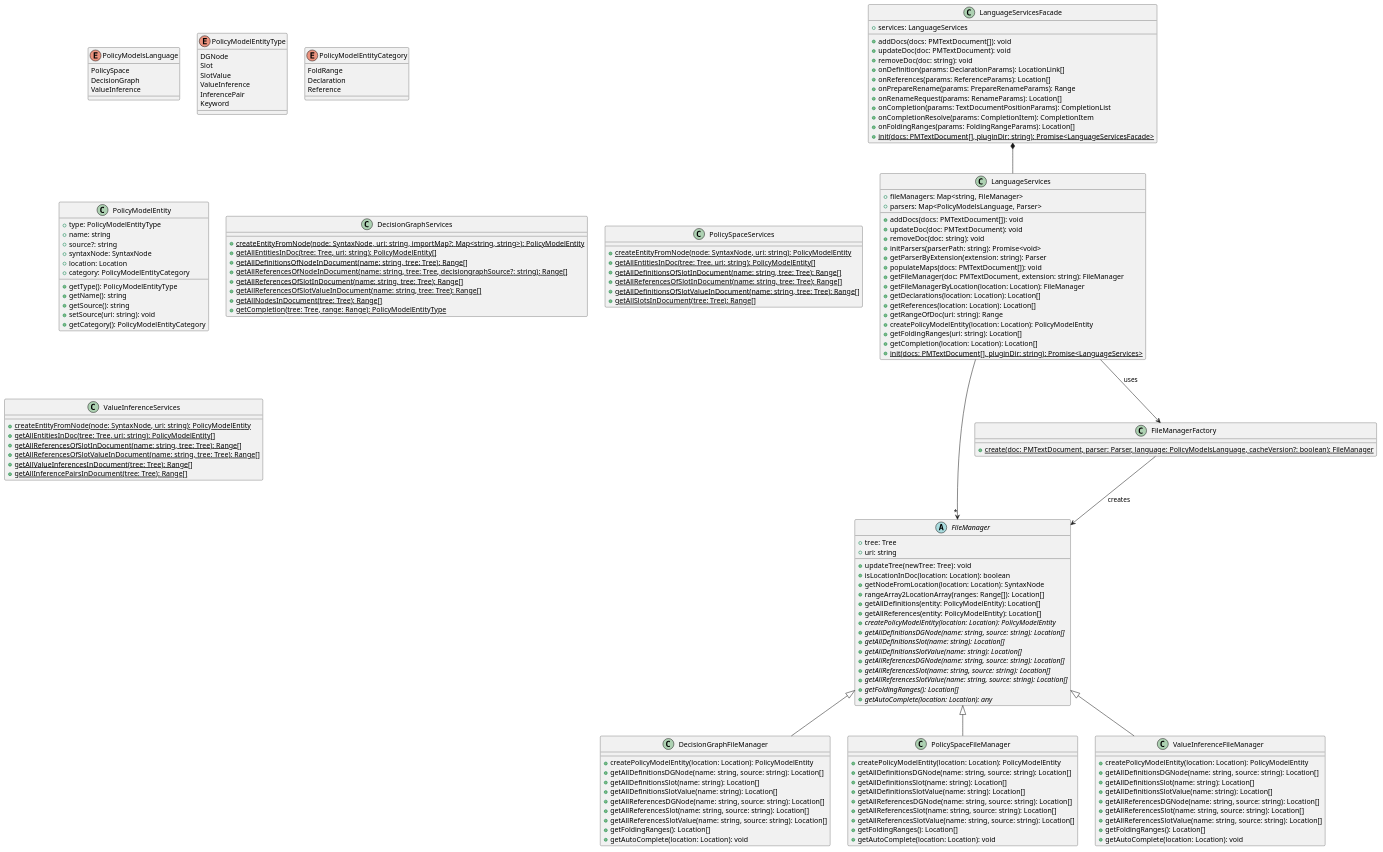
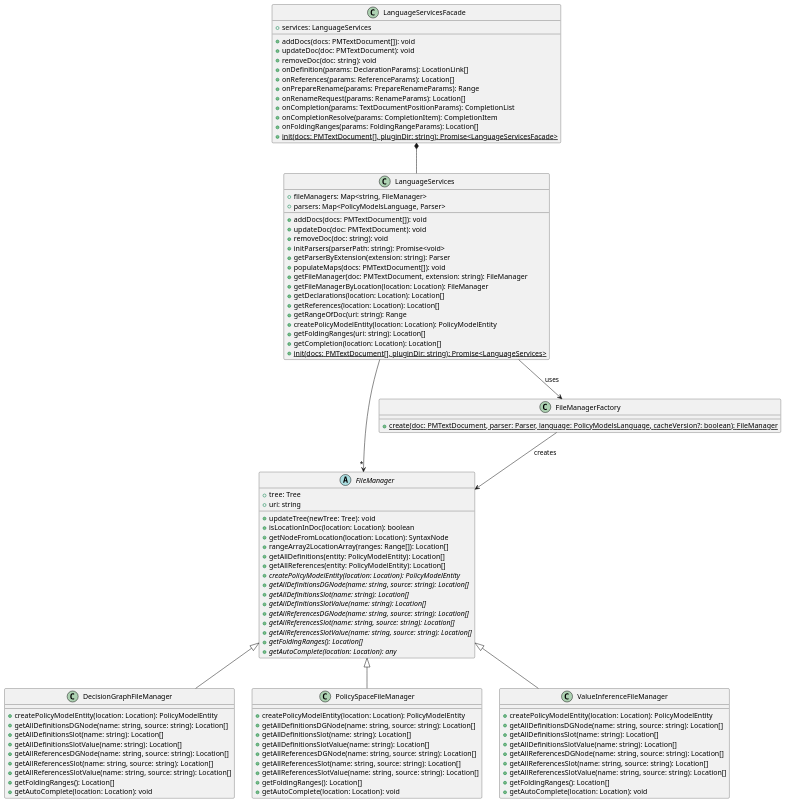
One commit to wolfj123/PolicyModelsPlugin changed the diagram in plugin/diagrams/server/LanguageServices.puml. Above: the diagram before and after it, drawn with PlantUML. The commit also changed 2 other files, not shown here.

Commit message:
diagrams

```diff
--- a/plugin/diagrams/server/LanguageServices.puml
+++ b/plugin/diagrams/server/LanguageServices.puml
@@ -1,157 +1,102 @@
 @startuml
 
 'skinparam style strictuml
+'top to bottom direction
 
-enum PolicyModelsLanguage {
-    PolicySpace
-    DecisionGraph
-    ValueInference
-}
-enum PolicyModelEntityType {
-    DGNode
-    Slot
-    SlotValue
-    ValueInference
-    InferencePair
-    Keyword
-}
-enum PolicyModelEntityCategory {
-    FoldRange
-    Declaration
-    Reference
-}
-class PolicyModelEntity {
-    +type: PolicyModelEntityType
-    +name: string
-    +source?: string
-    +syntaxNode: SyntaxNode
-    +location: Location
-    +category: PolicyModelEntityCategory
-    +getType(): PolicyModelEntityType
-    +getName(): string
-    +getSource(): string
-    +setSource(uri: string): void
-    +getCategory(): PolicyModelEntityCategory
-}
-class DecisionGraphServices {
-    +{static} createEntityFromNode(node: SyntaxNode, uri: string, importMap?: Map<string, string>): PolicyModelEntity
-    +{static} getAllEntitiesInDoc(tree: Tree, uri: string): PolicyModelEntity[]
-    +{static} getAllDefinitionsOfNodeInDocument(name: string, tree: Tree): Range[]
-    +{static} getAllReferencesOfNodeInDocument(name: string, tree: Tree, decisiongraphSource?: string): Range[]
-    +{static} getAllReferencesOfSlotInDocument(name: string, tree: Tree): Range[]
-    +{static} getAllReferencesOfSlotValueInDocument(name: string, tree: Tree): Range[]
-    +{static} getAllNodesInDocument(tree: Tree): Range[]
-    +{static} getCompletion(tree: Tree, range: Range): PolicyModelEntityType
-}
-class PolicySpaceServices {
-    +{static} createEntityFromNode(node: SyntaxNode, uri: string): PolicyModelEntity
-    +{static} getAllEntitiesInDoc(tree: Tree, uri: string): PolicyModelEntity[]
-    +{static} getAllDefinitionsOfSlotInDocument(name: string, tree: Tree): Range[]
-    +{static} getAllReferencesOfSlotInDocument(name: string, tree: Tree): Range[]
-    +{static} getAllDefinitionsOfSlotValueInDocument(name: string, tree: Tree): Range[]
-    +{static} getAllSlotsInDocument(tree: Tree): Range[]
-}
-class ValueInferenceServices {
-    +{static} createEntityFromNode(node: SyntaxNode, uri: string): PolicyModelEntity
-    +{static} getAllEntitiesInDoc(tree: Tree, uri: string): PolicyModelEntity[]
-    +{static} getAllReferencesOfSlotInDocument(name: string, tree: Tree): Range[]
-    +{static} getAllReferencesOfSlotValueInDocument(name: string, tree: Tree): Range[]
-    +{static} getAllValueInferencesInDocument(tree: Tree): Range[]
-    +{static} getAllInferencePairsInDocument(tree: Tree): Range[]
-}
+
 class LanguageServicesFacade {
     +services: LanguageServices
     +addDocs(docs: PMTextDocument[]): void
     +updateDoc(doc: PMTextDocument): void
     +removeDoc(doc: string): void
     +onDefinition(params: DeclarationParams): LocationLink[]
     +onReferences(params: ReferenceParams): Location[]
     +onPrepareRename(params: PrepareRenameParams): Range
     +onRenameRequest(params: RenameParams): Location[]
     +onCompletion(params: TextDocumentPositionParams): CompletionList
     +onCompletionResolve(params: CompletionItem): CompletionItem
     +onFoldingRanges(params: FoldingRangeParams): Location[]
     +{static} init(docs: PMTextDocument[], pluginDir: string): Promise<LanguageServicesFacade>
 }
 class LanguageServices {
     +fileManagers: Map<string, FileManager>
     +parsers: Map<PolicyModelsLanguage, Parser>
     +addDocs(docs: PMTextDocument[]): void
     +updateDoc(doc: PMTextDocument): void
     +removeDoc(doc: string): void
     +initParsers(parserPath: string): Promise<void>
     +getParserByExtension(extension: string): Parser
     +populateMaps(docs: PMTextDocument[]): void
     +getFileManager(doc: PMTextDocument, extension: string): FileManager
     +getFileManagerByLocation(location: Location): FileManager
     +getDeclarations(location: Location): Location[]
     +getReferences(location: Location): Location[]
     +getRangeOfDoc(uri: string): Range
     +createPolicyModelEntity(location: Location): PolicyModelEntity
     +getFoldingRanges(uri: string): Location[]
     +getCompletion(location: Location): Location[]
     +{static} init(docs: PMTextDocument[], pluginDir: string): Promise<LanguageServices>
 }
 abstract class FileManager {
     +tree: Tree
     +uri: string
     +updateTree(newTree: Tree): void
     +isLocationInDoc(location: Location): boolean
     +getNodeFromLocation(location: Location): SyntaxNode
     +rangeArray2LocationArray(ranges: Range[]): Location[]
     +getAllDefinitions(entity: PolicyModelEntity): Location[]
     +getAllReferences(entity: PolicyModelEntity): Location[]
     +{abstract} createPolicyModelEntity(location: Location): PolicyModelEntity
     +{abstract} getAllDefinitionsDGNode(name: string, source: string): Location[]
     +{abstract} getAllDefinitionsSlot(name: string): Location[]
     +{abstract} getAllDefinitionsSlotValue(name: string): Location[]
     +{abstract} getAllReferencesDGNode(name: string, source: string): Location[]
     +{abstract} getAllReferencesSlot(name: string, source: string): Location[]
     +{abstract} getAllReferencesSlotValue(name: string, source: string): Location[]
     +{abstract} getFoldingRanges(): Location[]
     +{abstract} getAutoComplete(location: Location): any
 }
 class FileManagerFactory {
     +{static} create(doc: PMTextDocument, parser: Parser, language: PolicyModelsLanguage, cacheVersion?: boolean): FileManager
 }
 class DecisionGraphFileManager extends FileManager {
     +createPolicyModelEntity(location: Location): PolicyModelEntity
     +getAllDefinitionsDGNode(name: string, source: string): Location[]
     +getAllDefinitionsSlot(name: string): Location[]
     +getAllDefinitionsSlotValue(name: string): Location[]
     +getAllReferencesDGNode(name: string, source: string): Location[]
     +getAllReferencesSlot(name: string, source: string): Location[]
     +getAllReferencesSlotValue(name: string, source: string): Location[]
     +getFoldingRanges(): Location[]
     +getAutoComplete(location: Location): void
 }
 class PolicySpaceFileManager extends FileManager {
     +createPolicyModelEntity(location: Location): PolicyModelEntity
     +getAllDefinitionsDGNode(name: string, source: string): Location[]
     +getAllDefinitionsSlot(name: string): Location[]
     +getAllDefinitionsSlotValue(name: string): Location[]
     +getAllReferencesDGNode(name: string, source: string): Location[]
     +getAllReferencesSlot(name: string, source: string): Location[]
     +getAllReferencesSlotValue(name: string, source: string): Location[]
     +getFoldingRanges(): Location[]
     +getAutoComplete(location: Location): void
 }
 class ValueInferenceFileManager extends FileManager {
     +createPolicyModelEntity(location: Location): PolicyModelEntity
     +getAllDefinitionsDGNode(name: string, source: string): Location[]
     +getAllDefinitionsSlot(name: string): Location[]
     +getAllDefinitionsSlotValue(name: string): Location[]
     +getAllReferencesDGNode(name: string, source: string): Location[]
     +getAllReferencesSlot(name: string, source: string): Location[]
     +getAllReferencesSlotValue(name: string, source: string): Location[]
     +getFoldingRanges(): Location[]
     +getAutoComplete(location: Location): void
 }
 
 LanguageServicesFacade *-- LanguageServices
 FileManagerFactory --> FileManager : "creates"
 LanguageServices -->  FileManagerFactory : "uses"
 LanguageServices --> "*" FileManager
 
 
 @enduml
```
